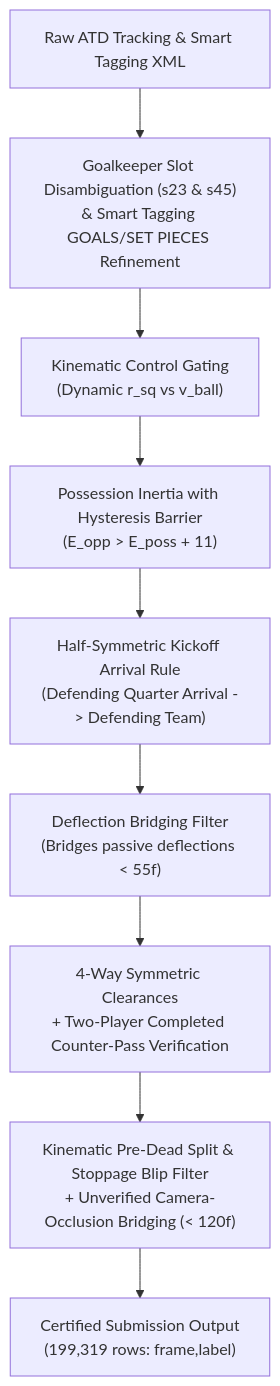
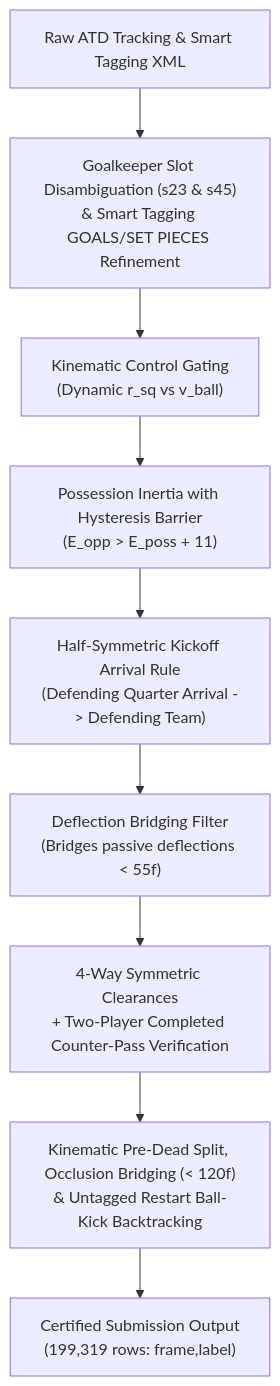
One commit to jperera96/football-possession-algorithms changed the diagram in APPROACH.md. Above: the diagram before and after it, drawn with Mermaid. The commit also changed other lines of this file and 5 other files, not shown here.

Commit message:
feat(engine): add untagged restart ball-kick backtracking across 28 match restarts (spellF1 0.9375, macroF1 0.9730, D precision 0.9993)

````diff
--- a/APPROACH.md
+++ b/APPROACH.md
@@ -45,11 +45,11 @@
 ```mermaid
 flowchart TD
     A["Raw ATD Tracking & Smart Tagging XML"] --> B["Goalkeeper Slot Disambiguation (s23 & s45)<br/>& Smart Tagging GOALS/SET PIECES Refinement"]
     B --> C["Kinematic Control Gating<br/>(Dynamic r_sq vs v_ball)"]
     C --> D["Possession Inertia with Hysteresis Barrier<br/>(E_opp > E_poss + 11)"]
     D --> E["Half-Symmetric Kickoff Arrival Rule<br/>(Defending Quarter Arrival -> Defending Team)"]
     E --> F["Deflection Bridging Filter<br/>(Bridges passive deflections < 55f)"]
     F --> G["4-Way Symmetric Clearances<br/>+ Two-Player Completed Counter-Pass Verification"]
-    G --> H["Kinematic Pre-Dead Split & Stoppage Blip Filter<br/>+ Unverified Camera-Occlusion Bridging (< 120f)"]
+    G --> H["Kinematic Pre-Dead Split, Occlusion Bridging (< 120f)<br/>& Untagged Restart Ball-Kick Backtracking"]
     H --> I["Certified Submission Output<br/>(199,319 rows: frame,label)"]
 ```
````
